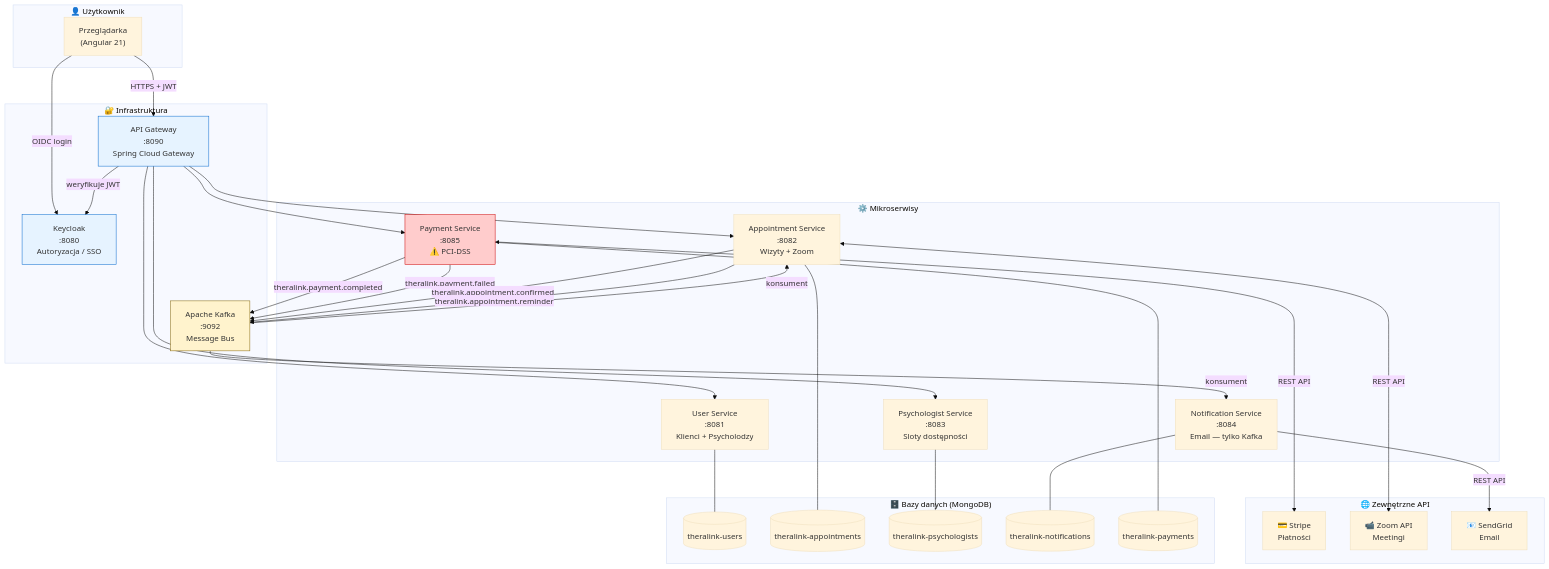
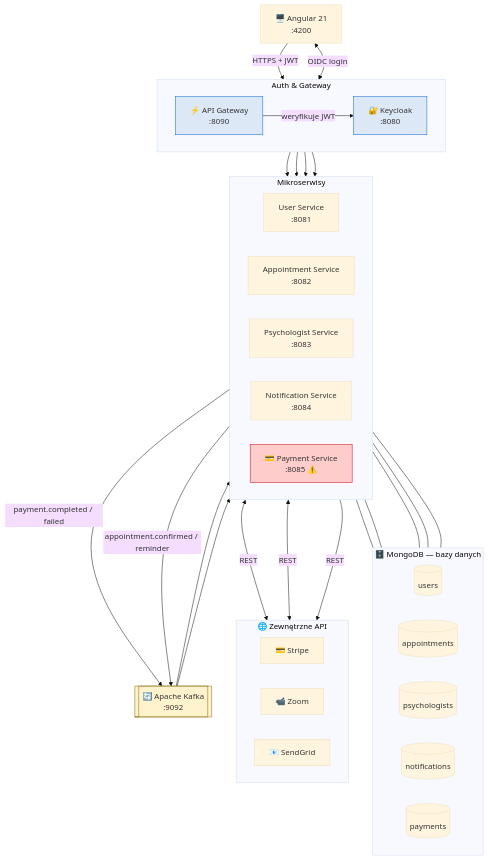
Before and after one commit to TheraLink1/thera-depr: the first of 6 diagrams in docs/architecture-diagram.md, drawn with Mermaid (base theme). The commit also changed other lines of this file, not shown here.

First line of the commit message:
docs: redesign architecture diagrams — cleaner layout, Kafka centered

````diff
--- a/docs/architecture-diagram.md
+++ b/docs/architecture-diagram.md
@@ -12,65 +12,62 @@
 ```mermaid
 graph TB
-    subgraph CLIENT["👤 Użytkownik"]
-        BROWSER["Przeglądarka\n(Angular 21)"]
+    BROWSER["🖥️ Angular 21\n:4200"]
+
+    subgraph AUTH_GW["Auth & Gateway"]
+        direction LR
+        KEYCLOAK["🔐 Keycloak\n:8080"]
+        GATEWAY["⚡ API Gateway\n:8090"]
     end
 
-    subgraph EXTERNAL["🌐 Zewnętrzne API"]
-        STRIPE["💳 Stripe\nPłatności"]
-        ZOOM["📹 Zoom API\nMeetingi"]
-        SENDGRID["📧 SendGrid\nEmail"]
+    subgraph SERVICES["Mikroserwisy"]
+        direction LR
+        USER["User Service\n:8081"]
+        APPT["Appointment Service\n:8082"]
+        PSYCH["Psychologist Service\n:8083"]
+        NOTIF["Notification Service\n:8084"]
+        PAY["💳 Payment Service\n:8085 ⚠️"]
     end
 
-    subgraph INFRA["🔐 Infrastruktura"]
-        KEYCLOAK["Keycloak\n:8080\nAutoryzacja / SSO"]
-        GATEWAY["API Gateway\n:8090\nSpring Cloud Gateway"]
-        KAFKA["Apache Kafka\n:9092\nMessage Bus"]
+    KAFKA[["🔄 Apache Kafka\n:9092"]]
+
+    subgraph DBS["🗄️ MongoDB — bazy danych"]
+        direction LR
+        DB1[("users")]
+        DB2[("appointments")]
+        DB3[("psychologists")]
+        DB4[("notifications")]
+        DB5[("payments")]
     end
 
-    subgraph SERVICES["⚙️ Mikroserwisy"]
-        USER["User Service\n:8081\nKlienci + Psycholodzy"]
-        APPT["Appointment Service\n:8082\nWizyty + Zoom"]
-        PSYCH["Psychologist Service\n:8083\nSloty dostępności"]
-        NOTIF["Notification Service\n:8084\nEmail — tylko Kafka"]
-        PAY["Payment Service\n:8085\n⚠️ PCI-DSS"]
-    end
-
-    subgraph DATABASES["🗄️ Bazy danych (MongoDB)"]
-        DB_USERS[("theralink-users")]
-        DB_APPT[("theralink-appointments")]
-        DB_PSYCH[("theralink-psychologists")]
-        DB_NOTIF[("theralink-notifications")]
-        DB_PAY[("theralink-payments")]
+    subgraph EXT["🌐 Zewnętrzne API"]
+        direction LR
+        STRIPE["💳 Stripe"]
+        ZOOM["📹 Zoom"]
+        SG["📧 SendGrid"]
     end
 
     BROWSER -->|"HTTPS + JWT"| GATEWAY
-    BROWSER -->|"OIDC login"| KEYCLOAK
+    BROWSER <-->|"OIDC login"| KEYCLOAK
     GATEWAY -->|"weryfikuje JWT"| KEYCLOAK
-    GATEWAY --> USER
-    GATEWAY --> APPT
-    GATEWAY --> PSYCH
-    GATEWAY --> PAY
+    GATEWAY --> USER & APPT & PSYCH & PAY
 
-    USER --- DB_USERS
-    APPT --- DB_APPT
-    PSYCH --- DB_PSYCH
-    NOTIF --- DB_NOTIF
-    PAY --- DB_PAY
+    PAY -->|"payment.completed / failed"| KAFKA
+    APPT -->|"appointment.confirmed / reminder"| KAFKA
+    KAFKA --> APPT
+    KAFKA --> NOTIF
 
-    PAY -->|"theralink.payment.completed"| KAFKA
-    PAY -->|"theralink.payment.failed"| KAFKA
-    APPT -->|"theralink.appointment.confirmed"| KAFKA
-    APPT -->|"theralink.appointment.reminder"| KAFKA
+    USER --- DB1
+    APPT --- DB2
+    PSYCH --- DB3
+    NOTIF --- DB4
+    PAY --- DB5
 
-    KAFKA -->|"konsument"| APPT
-    KAFKA -->|"konsument"| NOTIF
-
-    PAY <-->|"REST API"| STRIPE
-    APPT <-->|"REST API"| ZOOM
-    NOTIF -->|"REST API"| SENDGRID
+    PAY <-->|"REST"| STRIPE
+    APPT <-->|"REST"| ZOOM
+    NOTIF -->|"REST"| SG
 
     style PAY fill:#ffcccc,stroke:#cc0000
-    style KEYCLOAK fill:#e6f3ff,stroke:#0066cc
     style KAFKA fill:#fff3cd,stroke:#856404
-    style GATEWAY fill:#e6f3ff,stroke:#0066cc
+    style KEYCLOAK fill:#dce8f5,stroke:#0066cc
+    style GATEWAY fill:#dce8f5,stroke:#0066cc
 ```
````
